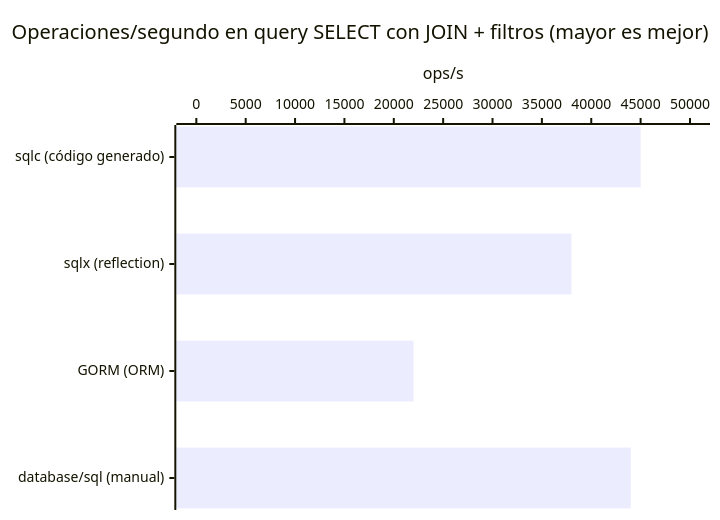
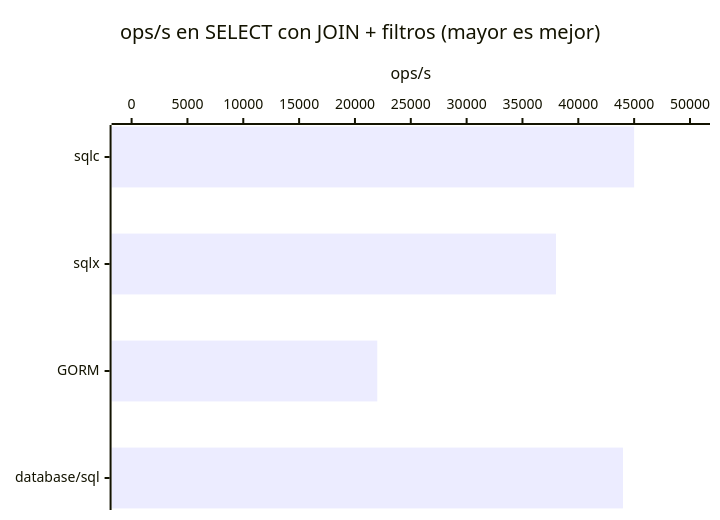
The sixth of 19 diagrams in README.md (gmeono94/nua-salud-panel), drawn with Mermaid before and after one commit. The commit also changed other lines of this file, not shown here.

First line of the commit message:
fix: shorten Mermaid labels, fix 5→8 metrics text, rework team scaling

````diff
--- a/README.md
+++ b/README.md
@@ -393,7 +393,7 @@
 ```mermaid
 xychart-beta horizontal
-    title "Operaciones/segundo en query SELECT con JOIN + filtros (mayor es mejor)"
-    x-axis ["sqlc (código generado)", "sqlx (reflection)", "GORM (ORM)", "database/sql (manual)"]
+    title "ops/s en SELECT con JOIN + filtros (mayor es mejor)"
+    x-axis ["sqlc", "sqlx", "GORM", "database/sql"]
     y-axis "ops/s" 0 --> 50000
     bar [45000, 38000, 22000, 44000]
 ```
````
